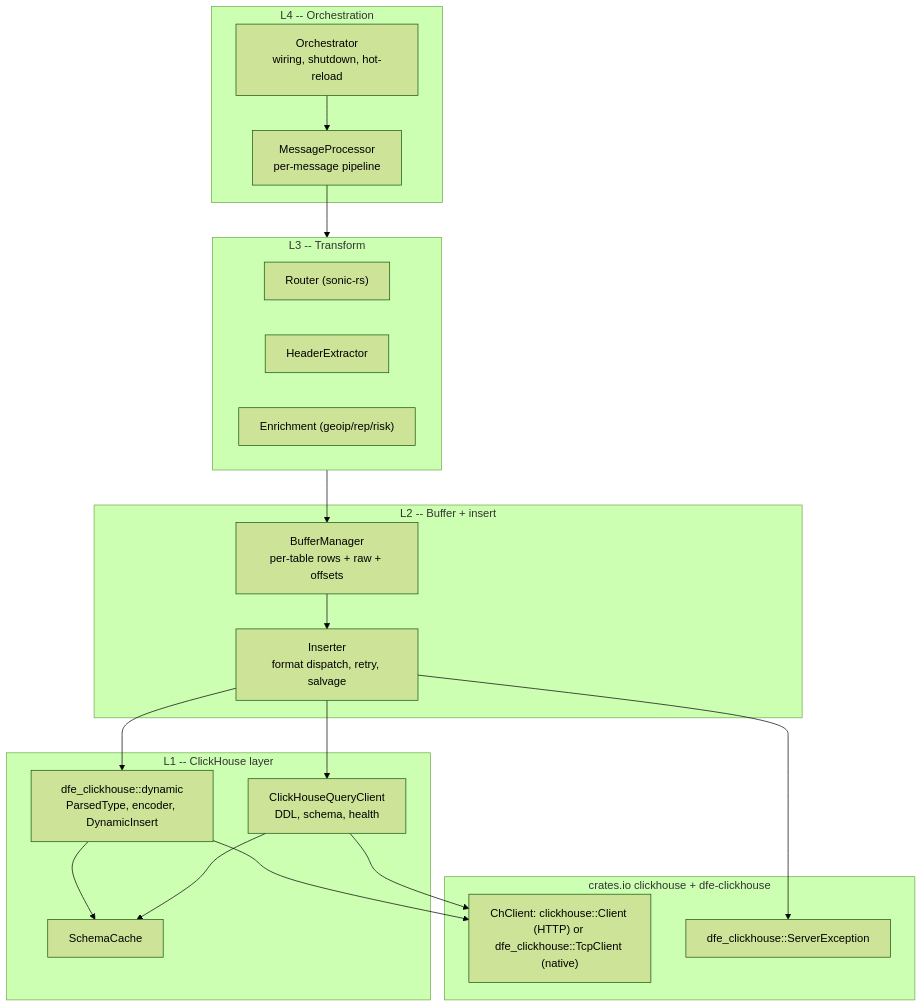
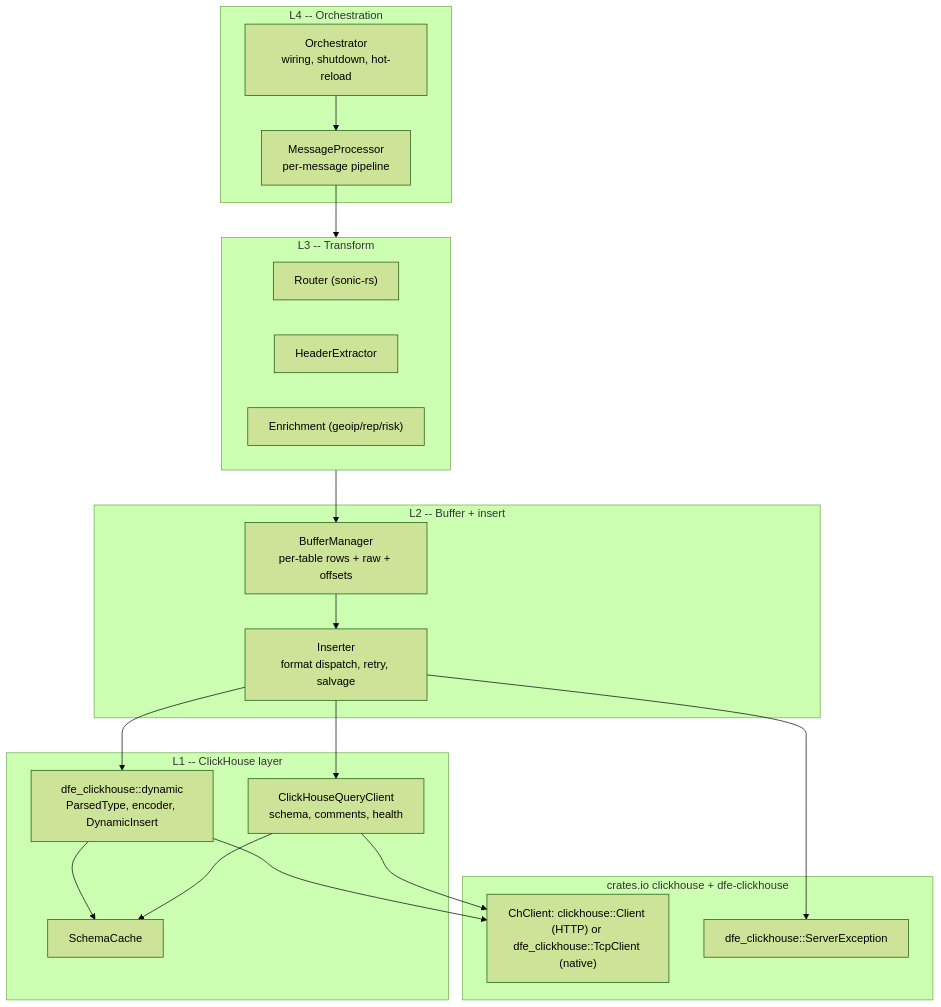
The first of 3 diagrams in docs/architecture.md (hyperi-io/dfe-loader), drawn with Mermaid (forest theme) before and after one commit. The commit also changed other lines of this file and 30 other files, not shown here.

````diff
--- a/docs/architecture.md
+++ b/docs/architecture.md
@@ -22,32 +22,32 @@
 ```mermaid
 flowchart TB
     subgraph L4["L4 -- Orchestration"]
         ORC["Orchestrator<br/>wiring, shutdown, hot-reload"]
         PROC["MessageProcessor<br/>per-message pipeline"]
     end
     subgraph L3["L3 -- Transform"]
         ROUTE["Router (sonic-rs)"]
         EXTRACT["HeaderExtractor"]
         ENRICH["Enrichment (geoip/rep/risk)"]
     end
     subgraph L2["L2 -- Buffer + insert"]
         BUF["BufferManager<br/>per-table rows + raw + offsets"]
         INS["Inserter<br/>format dispatch, retry, salvage"]
     end
     subgraph L1["L1 -- ClickHouse layer"]
-        QC["ClickHouseQueryClient<br/>DDL, schema, health"]
+        QC["ClickHouseQueryClient<br/>schema, comments, health"]
         EXT["dfe_clickhouse::dynamic<br/>ParsedType, encoder, DynamicInsert"]
         SC["SchemaCache"]
     end
     subgraph Client["crates.io clickhouse + dfe-clickhouse"]
         CLIENT["ChClient: clickhouse::Client (HTTP) or dfe_clickhouse::TcpClient (native)"]
         EXC["dfe_clickhouse::ServerException"]
     end
 
     ORC --> PROC --> L3 --> BUF --> INS
     INS --> EXT --> CLIENT
     INS --> QC --> CLIENT
     INS --> EXC
     EXT --> SC
     QC --> SC
 ```
````
